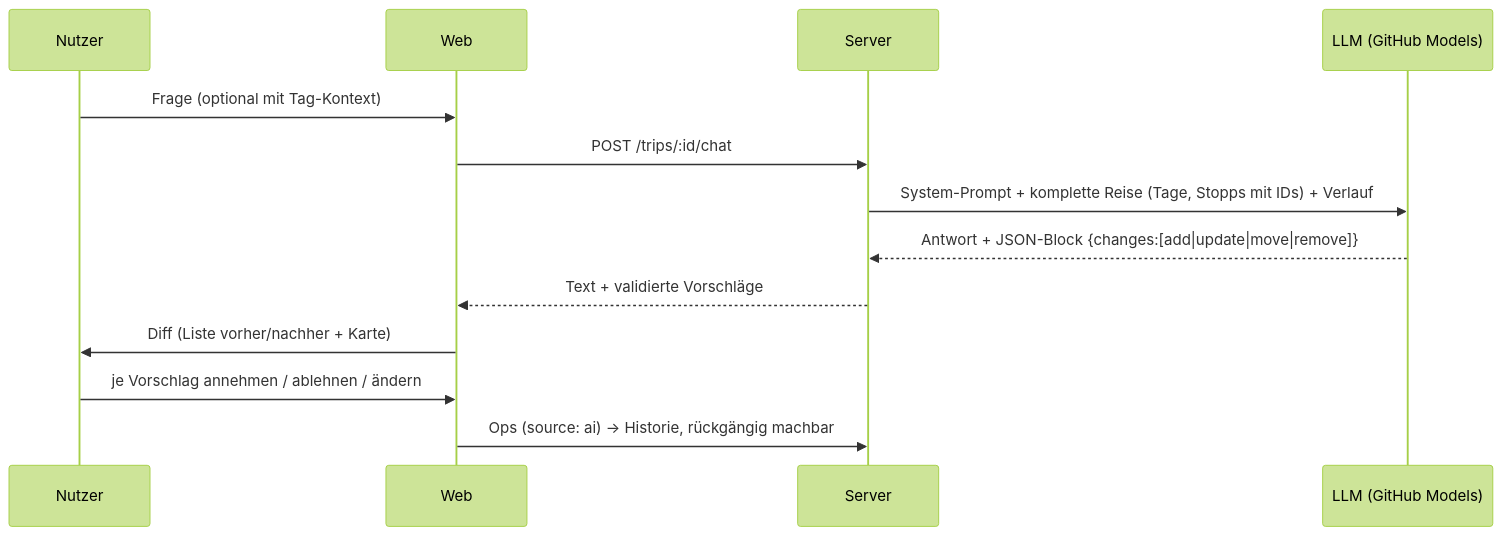
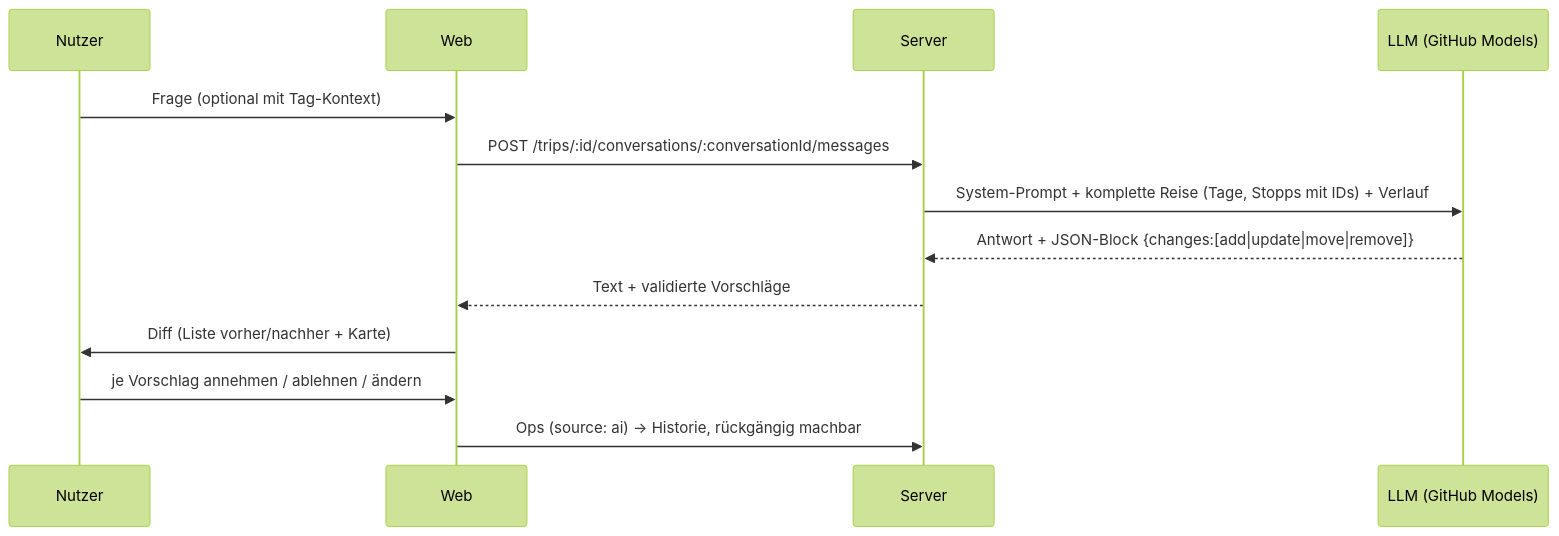
The fifth of 5 diagrams in docs/ARCHITEKTUR.md (Jones14021/NEUGIER), drawn with Mermaid (forest theme) before and after one commit. The commit also changed other lines of this file and 12 other files, not shown here.

````diff
--- a/docs/ARCHITEKTUR.md
+++ b/docs/ARCHITEKTUR.md
@@ -205,15 +205,15 @@
 ```mermaid
 sequenceDiagram
   participant U as Nutzer
   participant W as Web
   participant S as Server
   participant L as LLM (GitHub Models)
   U->>W: Frage (optional mit Tag-Kontext)
-  W->>S: POST /trips/:id/chat
+  W->>S: POST /trips/:id/conversations/:conversationId/messages
   S->>L: System-Prompt + komplette Reise (Tage, Stopps mit IDs) + Verlauf
   L-->>S: Antwort + JSON-Block {changes:[add|update|move|remove]}
   S-->>W: Text + validierte Vorschläge
   W->>U: Diff (Liste vorher/nachher + Karte)
   U->>W: je Vorschlag annehmen / ablehnen / ändern
   W->>S: Ops (source: ai) → Historie, rückgängig machbar
 ```
````
